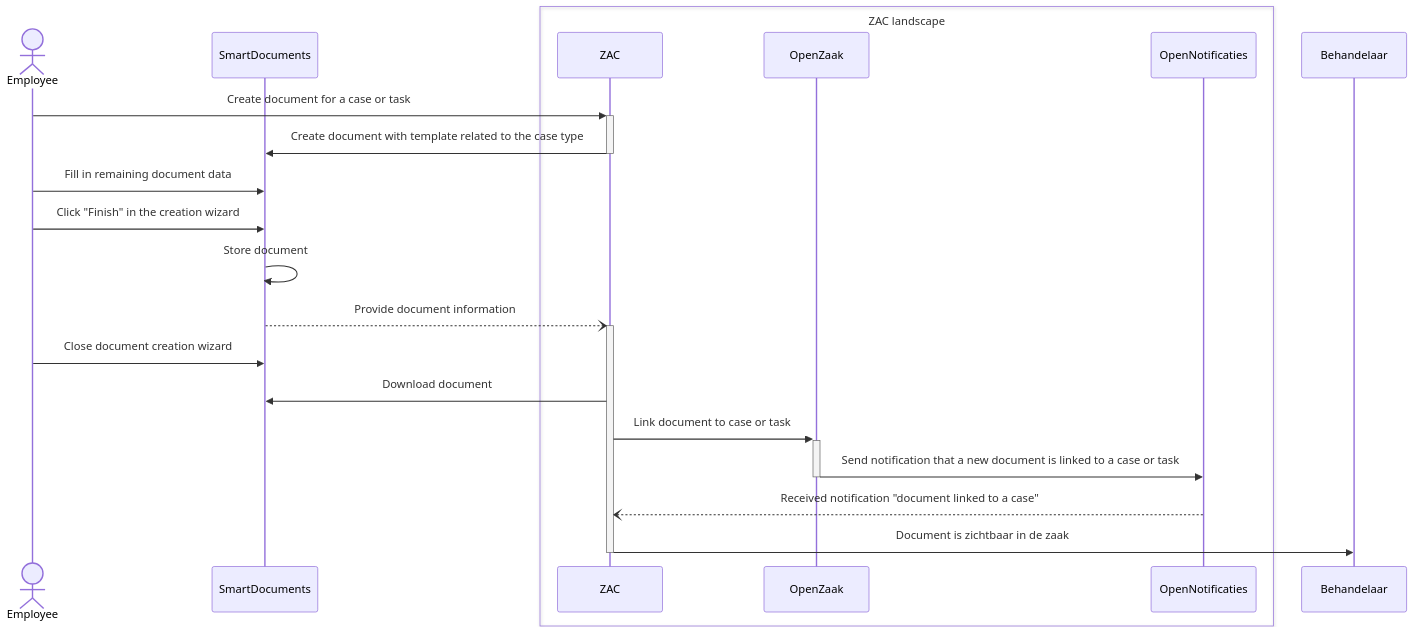
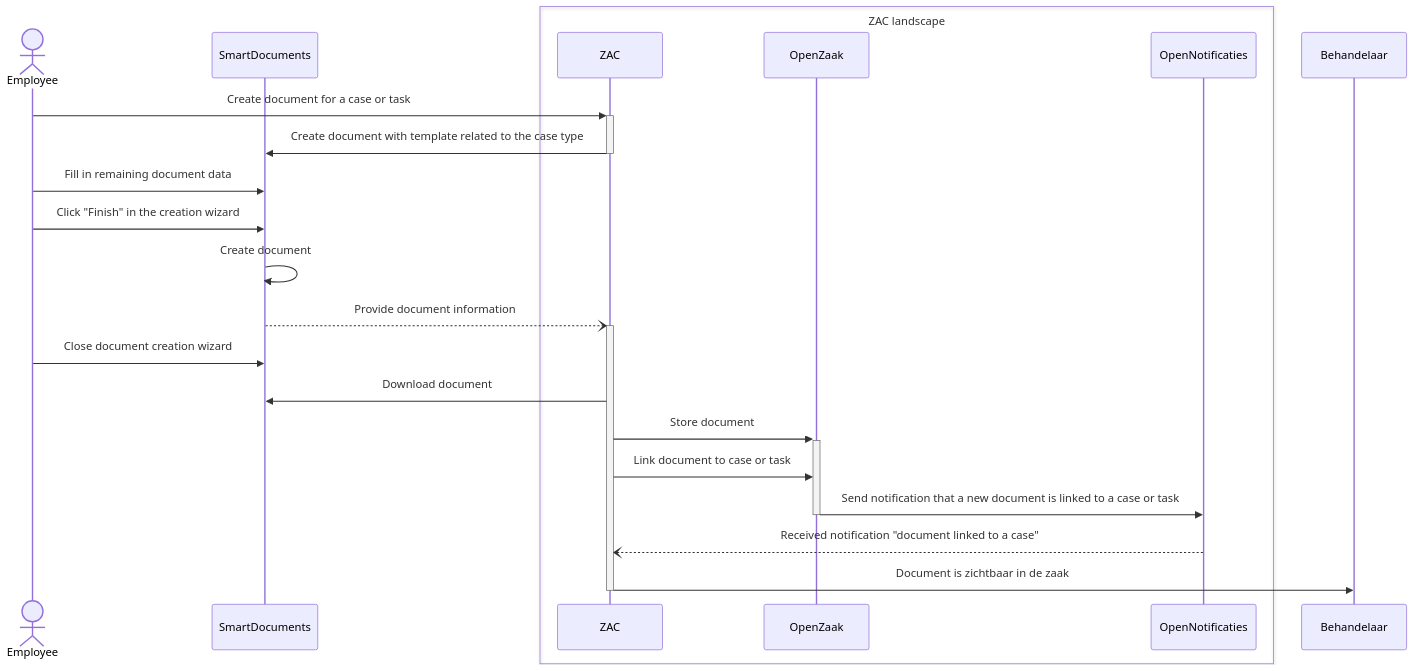
One commit to infonl/dimpact-zaakafhandelcomponent changed the diagram in docs/solution-architecture/smartDocumentsIntegration.md. Above: the diagram before and after it, drawn with Mermaid.

Commit message:
fix: sequence diagram in SD solution architecture doc

````diff
--- a/docs/solution-architecture/smartDocumentsIntegration.md
+++ b/docs/solution-architecture/smartDocumentsIntegration.md
@@ -30,26 +30,27 @@
 ```mermaid
 sequenceDiagram
     actor Employee
     participant SmartDocuments
     box ZAC landscape
         participant ZAC
         participant OpenZaak
         participant OpenNotificaties
     end
     
 Employee->>+ZAC: Create document for a case or task
 ZAC->>SmartDocuments: Create document with template related to the case type
 deactivate ZAC 
 
 Employee->>SmartDocuments: Fill in remaining document data
 Employee->>SmartDocuments: Click "Finish" in the creation wizard
-SmartDocuments->>SmartDocuments: Store document
+SmartDocuments->>SmartDocuments: Create document
 SmartDocuments--)+ZAC: Provide document information
 Employee->>SmartDocuments: Close document creation wizard
 
 ZAC->>SmartDocuments: Download document
-ZAC->>+OpenZaak: Link document to case or task
+ZAC->>+OpenZaak: Store document
+ZAC->>OpenZaak: Link document to case or task
 OpenZaak->>-OpenNotificaties: Send notification that a new document is linked to a case or task
 OpenNotificaties--)ZAC: Received notification "document linked to a case"
 ZAC->>-Behandelaar: Document is zichtbaar in de zaak
 ```
````
